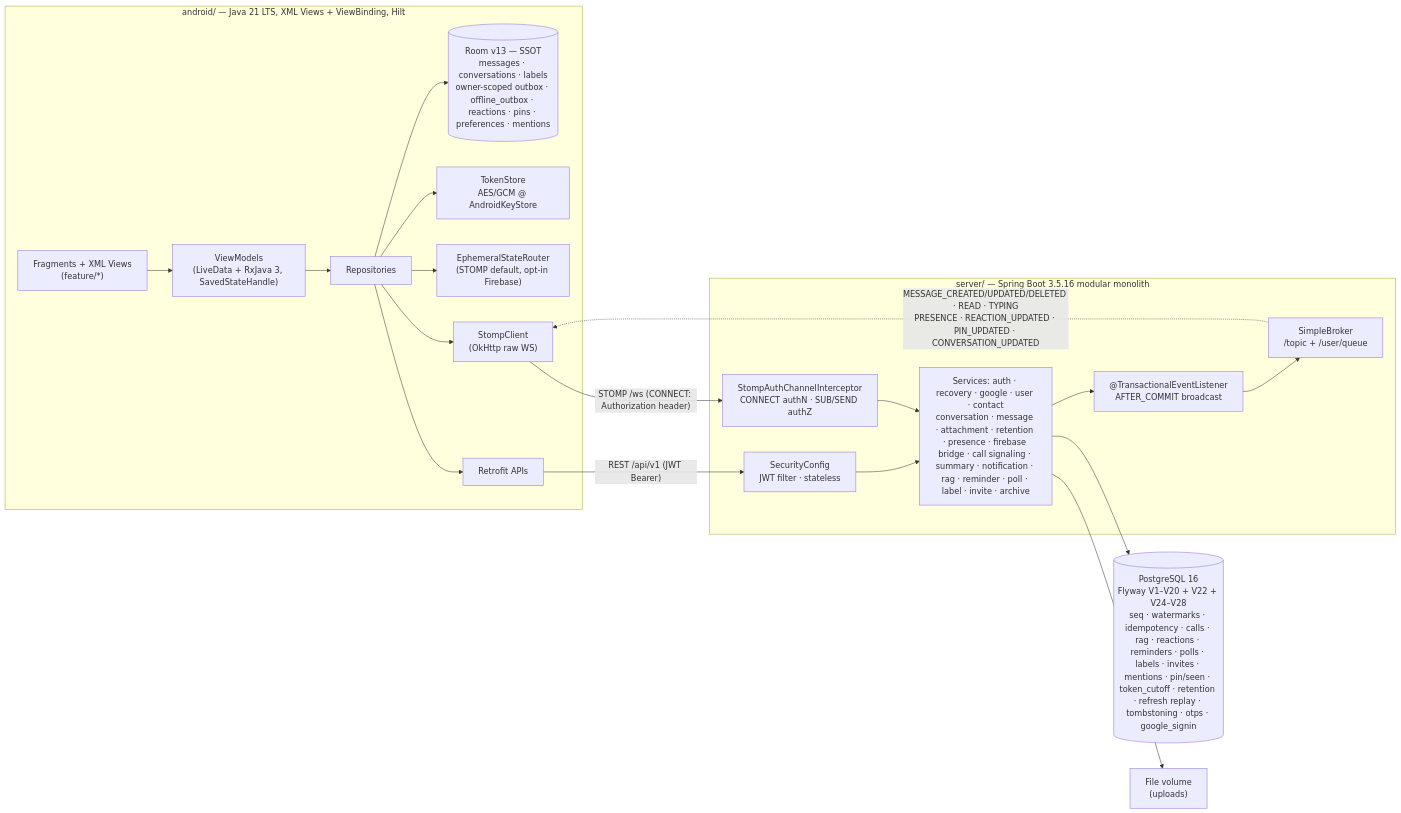
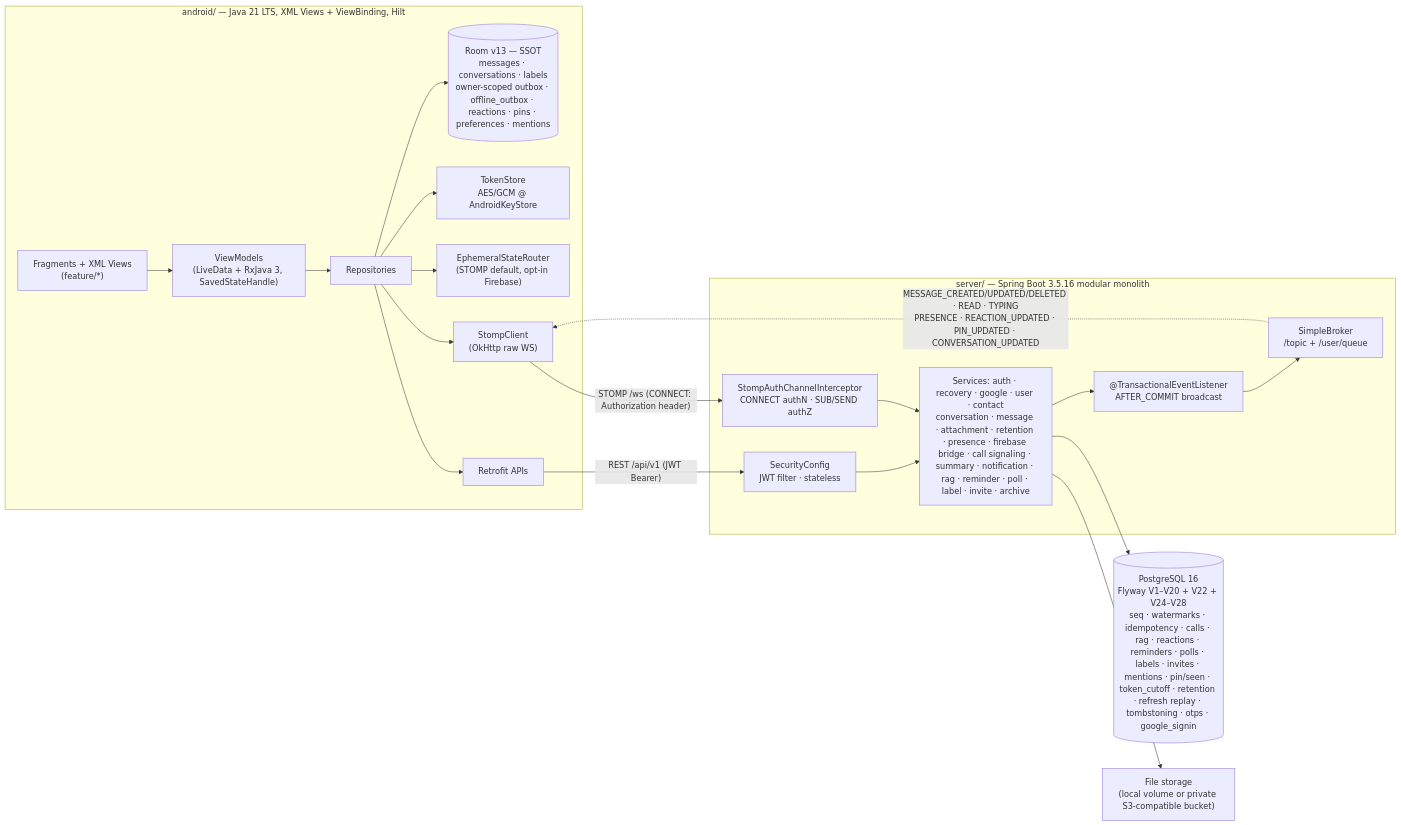
The diagram in README.md (JasonTM17/Nexachat_AppJ), drawn with Mermaid before and after one commit. The commit also changed 22 other files, not shown here.

Commit message:
feat(server/storage): support S3-compatible object storage

````diff
--- a/README.md
+++ b/README.md
@@ -118,30 +118,30 @@
 ```mermaid
 flowchart LR
     subgraph Android["android/ — Java 21 LTS, XML Views + ViewBinding, Hilt"]
         UI["Fragments + XML Views<br/>(feature/*)"] --> VM["ViewModels<br/>(LiveData + RxJava 3, SavedStateHandle)"]
         VM --> REPO["Repositories"]
         REPO --> ROOM[("Room v13 — SSOT<br/>messages · conversations · labels<br/>owner-scoped outbox · offline_outbox · reactions · pins · preferences · mentions")]
         REPO --> TS["TokenStore<br/>AES/GCM @ AndroidKeyStore"]
         REPO --> ROUTER["EphemeralStateRouter<br/>(STOMP default, opt-in Firebase)"]
         REPO --> ST["StompClient<br/>(OkHttp raw WS)"]
         REPO --> RT["Retrofit APIs"]
     end
 
     subgraph Server["server/ — Spring Boot 3.5.16 modular monolith"]
         SEC["SecurityConfig<br/>JWT filter · stateless"]
         INT["StompAuthChannelInterceptor<br/>CONNECT authN · SUB/SEND authZ"]
         SVC["Services: auth · recovery · google · user · contact<br/>conversation · message · attachment · retention · presence · firebase bridge · call signaling · summary · notification · rag · reminder · poll · label · invite · archive"]
         EVT["@TransactionalEventListener<br/>AFTER_COMMIT broadcast"]
         BR["SimpleBroker<br/>/topic + /user/queue"]
     end
 
     DB[("PostgreSQL 16<br/>Flyway V1–V20 + V22 + V24–V28<br/>seq · watermarks · idempotency · calls · rag · reactions · reminders · polls · labels · invites · mentions · pin/seen · token_cutoff · retention · refresh replay · tombstoning · otps · google_signin")]
-    FS["File volume<br/>(uploads)"]
+    STORAGE["File storage<br/>(local volume or private S3-compatible bucket)"]
 
     RT -- "REST /api/v1 (JWT Bearer)" --> SEC --> SVC
     ST -- "STOMP /ws (CONNECT: Authorization header)" --> INT --> SVC
     SVC --> DB
-    SVC --> FS
+    SVC --> STORAGE
     SVC --> EVT --> BR
     BR -. "MESSAGE_CREATED/UPDATED/DELETED · READ · TYPING<br/>PRESENCE · REACTION_UPDATED · PIN_UPDATED · CONVERSATION_UPDATED" .-> ST
 ```
````
